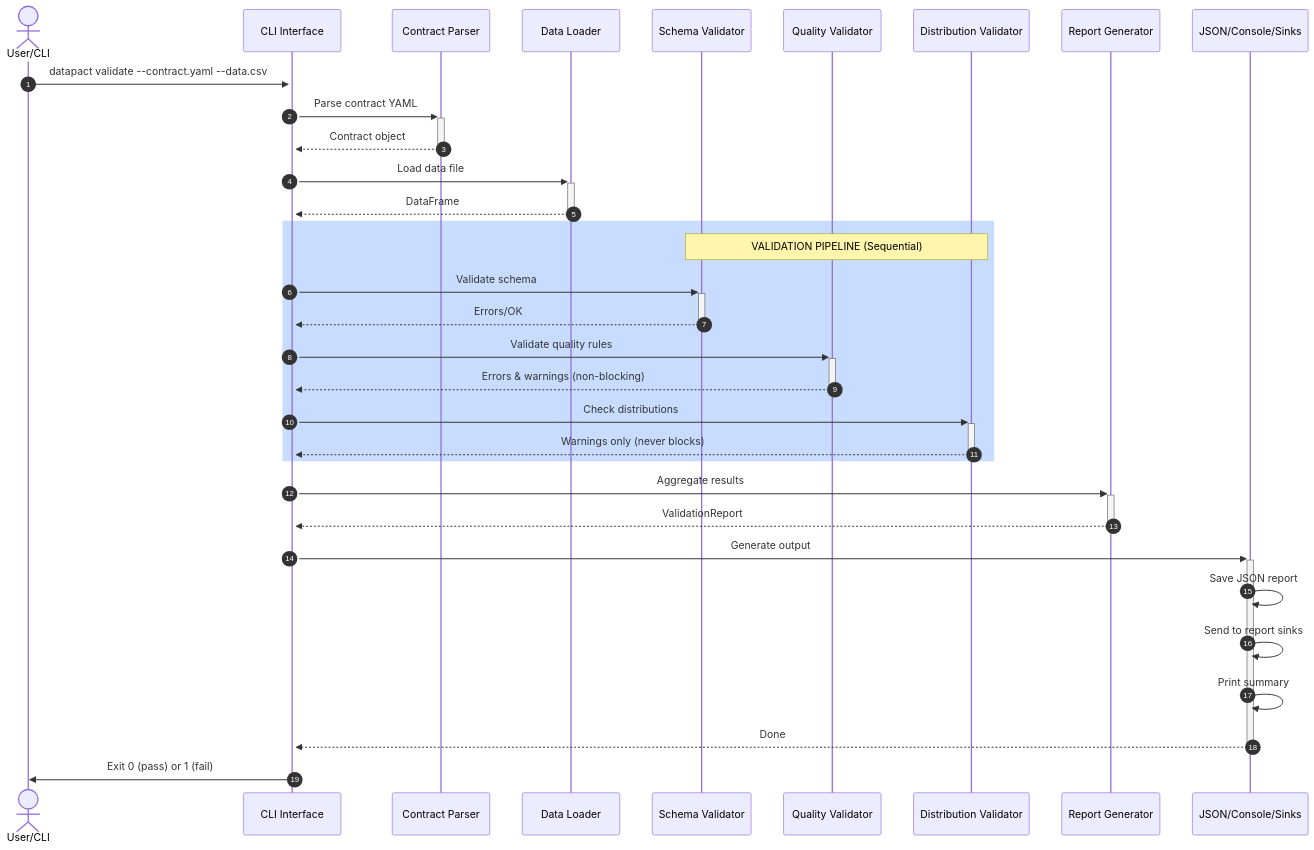
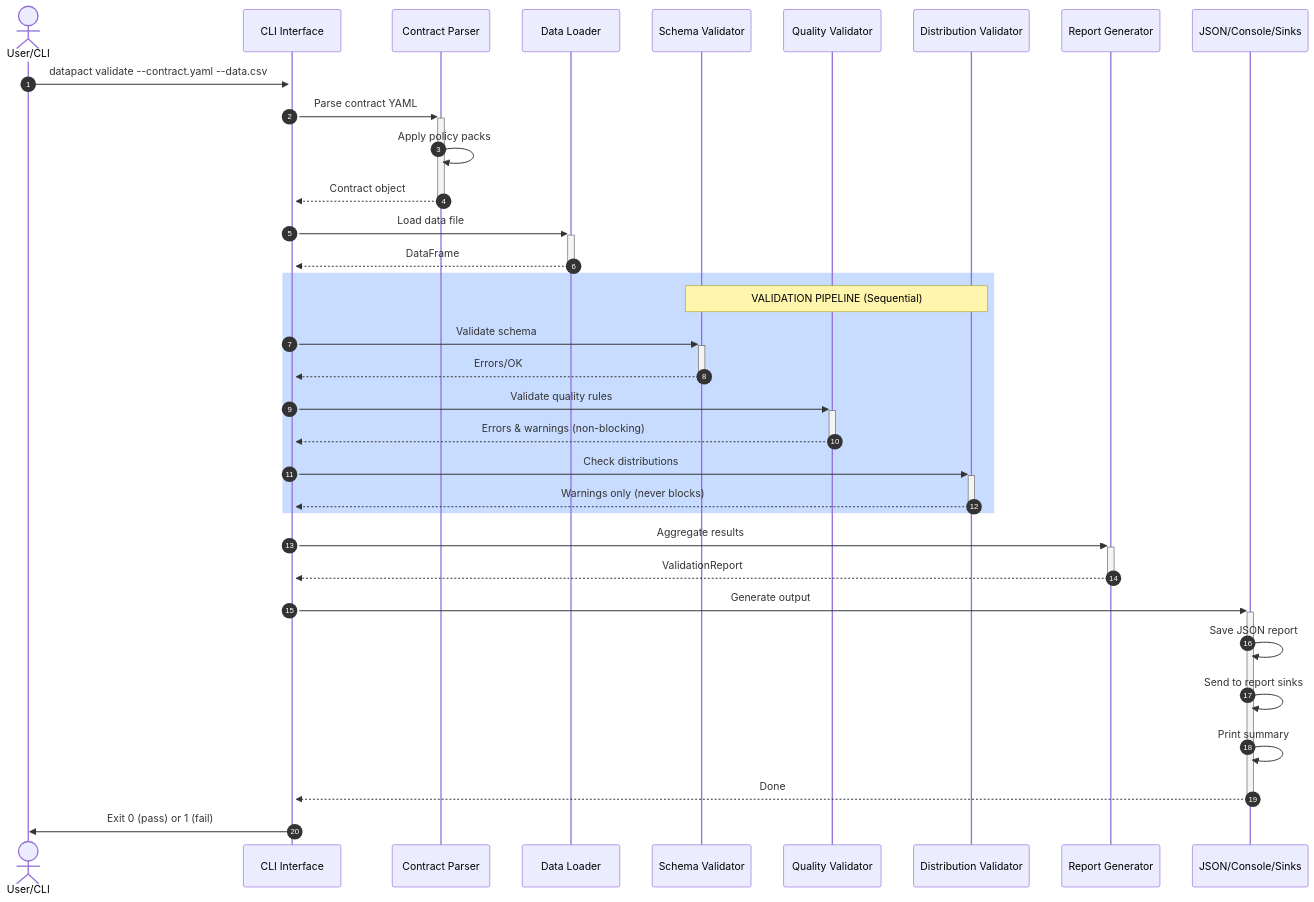
Before and after one commit to meetnishant/DataPact: the diagram in docs/ARCHITECTURE.md, drawn with Mermaid. The commit also changed other lines of this file and 21 other files, not shown here.

Commit message:
Add policy packs for reusable rules

````diff
--- a/docs/ARCHITECTURE.md
+++ b/docs/ARCHITECTURE.md
@@ -127,43 +128,44 @@
 ```mermaid
 sequenceDiagram
     autonumber
     actor User as User/CLI
     participant CLI as CLI Interface
     participant Parser as Contract Parser
     participant Loader as Data Loader
     participant Schema as Schema Validator
     participant Quality as Quality Validator
     participant Distribution as Distribution Validator
     participant Reporter as Report Generator
     participant Output as JSON/Console/Sinks
 
     User->>+CLI: datapact validate --contract.yaml --data.csv
     CLI->>+Parser: Parse contract YAML
+    Parser->>Parser: Apply policy packs
     Parser-->>-CLI: Contract object
     
     CLI->>+Loader: Load data file
     Loader-->>-CLI: DataFrame
     
     rect rgb(200, 220, 255)
     Note over Schema,Distribution: VALIDATION PIPELINE (Sequential)
     CLI->>+Schema: Validate schema
     Schema-->>-CLI: Errors/OK
     
     CLI->>+Quality: Validate quality rules
     Quality-->>-CLI: Errors & warnings (non-blocking)
     
     CLI->>+Distribution: Check distributions
     Distribution-->>-CLI: Warnings only (never blocks)
     end
     
     CLI->>+Reporter: Aggregate results
     Reporter-->>-CLI: ValidationReport
     
     CLI->>+Output: Generate output
     Output->>Output: Save JSON report
     Output->>Output: Send to report sinks
     Output->>Output: Print summary
     Output-->>-CLI: Done
     
     CLI->>User: Exit 0 (pass) or 1 (fail)
 ```
````
